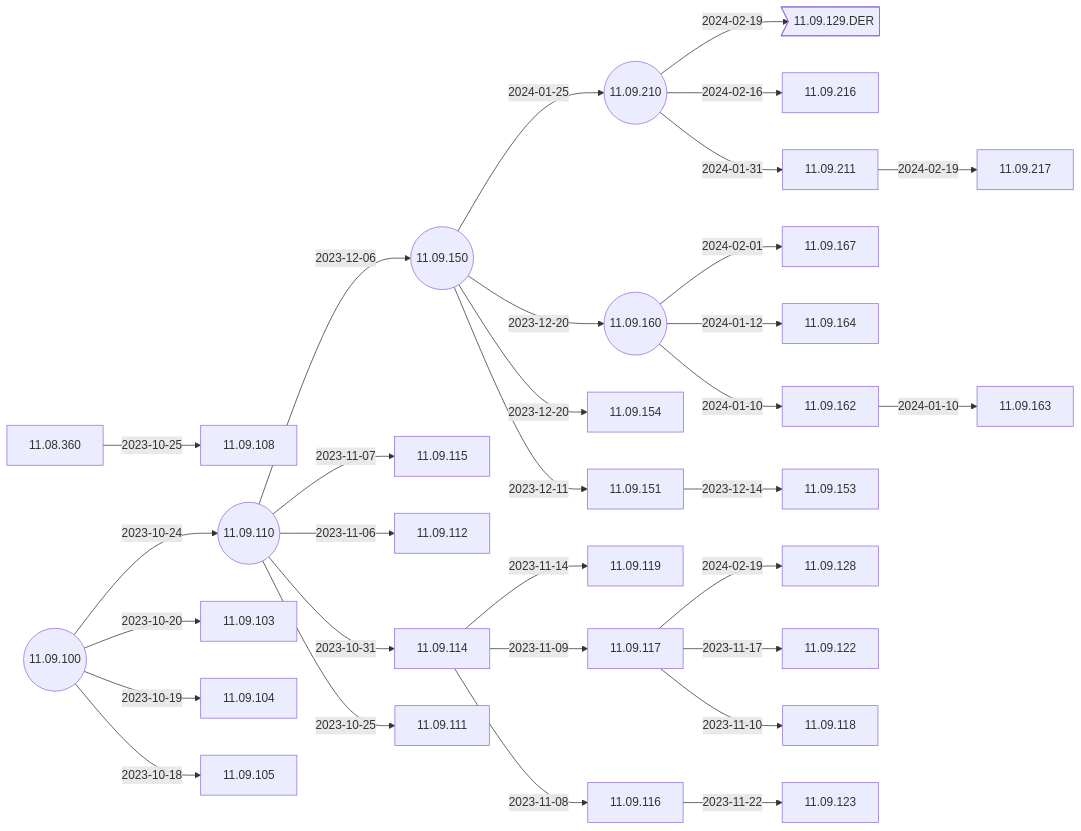
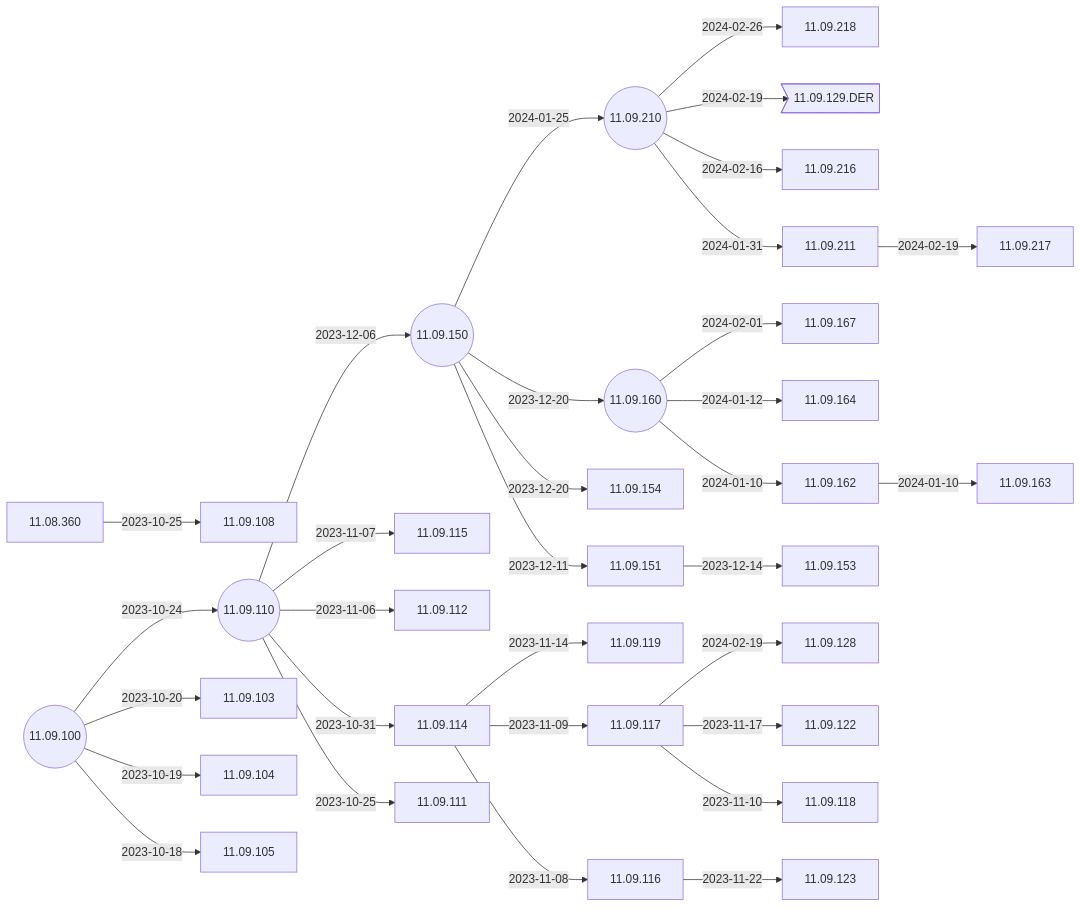
Before and after one commit to IGEL-Community/IGEL-Docs-v02: the second of 5 diagrams in docs/Docs/ReleaseNotes/01-OS11/README.md, drawn with Mermaid. The commit also changed 2 other files, not shown here.

Commit message:
11.09.218 < 11.09.210

````diff
--- a/docs/Docs/ReleaseNotes/01-OS11/README.md
+++ b/docs/Docs/ReleaseNotes/01-OS11/README.md
@@ -41,65 +41,67 @@
 ```mermaid
 flowchart LR
+    11.09.210-- 2024-02-26 -->11.09.218
     11.09.210-- 2024-02-19 -->11.09.129.DER>11.09.129.DER]
     11.09.211-- 2024-02-19 -->11.09.217
     11.09.117-- 2024-02-19 -->11.09.128
     11.09.210-- 2024-02-16 -->11.09.216
     11.09.160-- 2024-02-01 -->11.09.167
     11.09.210-- 2024-01-31 -->11.09.211
     11.09.150-- 2024-01-25 -->11.09.210((11.09.210))
     11.09.162-- 2024-01-10 -->11.09.163
     11.09.160-- 2024-01-12 -->11.09.164
     11.09.160-- 2024-01-10 -->11.09.162
     11.09.150-- 2023-12-20 -->11.09.160((11.09.160))
     11.09.150-- 2023-12-20 -->11.09.154
     11.09.151-- 2023-12-14 -->11.09.153
     11.09.150-- 2023-12-11 -->11.09.151
     11.09.110-- 2023-12-06 -->11.09.150((11.09.150))
     11.09.116-- 2023-11-22 -->11.09.123
     11.09.117-- 2023-11-17 -->11.09.122
     11.09.114-- 2023-11-14 -->11.09.119
     11.09.117-- 2023-11-10 -->11.09.118
     11.09.114-- 2023-11-09 -->11.09.117
     11.09.114-- 2023-11-08 -->11.09.116
     11.09.110-- 2023-11-07 -->11.09.115
     11.09.110-- 2023-11-06 -->11.09.112
     11.09.110-- 2023-10-31 -->11.09.114
     11.08.360-- 2023-10-25 -->11.09.108
     11.09.110-- 2023-10-25 -->11.09.111
     11.09.100-- 2023-10-24 -->11.09.110((11.09.110))
     11.09.100-- 2023-10-20 -->11.09.103
     11.09.100-- 2023-10-19 -->11.09.104
     11.09.100-- 2023-10-18 -->11.09.105
     11.09.100((11.09.100))
+    click 11.09.218 "https://github.com/IGEL-Community/IGEL-Docs-v02/tree/main/docs/Docs/ReleaseNotes/01-OS11/readme11.09.218.txt" _blank
     click 11.09.129.DER "https://github.com/IGEL-Community/IGEL-Docs-v02/tree/main/docs/Docs/ReleaseNotes/01-OS11/readme11.09.129.DER.txt" _blank
     click 11.09.217 "https://github.com/IGEL-Community/IGEL-Docs-v02/tree/main/docs/Docs/ReleaseNotes/01-OS11/readme11.09.217.txt" _blank
     click 11.09.128 "https://github.com/IGEL-Community/IGEL-Docs-v02/tree/main/docs/Docs/ReleaseNotes/01-OS11/readme11.09.128.txt" _blank
     click 11.09.216 "https://github.com/IGEL-Community/IGEL-Docs-v02/tree/main/docs/Docs/ReleaseNotes/01-OS11/readme11.09.216.txt" _blank
     click 11.09.167 "https://github.com/IGEL-Community/IGEL-Docs-v02/tree/main/docs/Docs/ReleaseNotes/01-OS11/readme11.09.167.txt" _blank
     click 11.09.211 "https://github.com/IGEL-Community/IGEL-Docs-v02/tree/main/docs/Docs/ReleaseNotes/01-OS11/readme11.09.211.txt" _blank
     click 11.09.210 "https://github.com/IGEL-Community/IGEL-Docs-v02/tree/main/docs/Docs/ReleaseNotes/01-OS11/readme11.09.210.txt" _blank
     click 11.09.163 "https://github.com/IGEL-Community/IGEL-Docs-v02/tree/main/docs/Docs/ReleaseNotes/01-OS11/readme11.09.163.txt" _blank
     click 11.09.164 "https://github.com/IGEL-Community/IGEL-Docs-v02/tree/main/docs/Docs/ReleaseNotes/01-OS11/readme11.09.164.txt" _blank
     click 11.09.162 "https://github.com/IGEL-Community/IGEL-Docs-v02/tree/main/docs/Docs/ReleaseNotes/01-OS11/readme11.09.162.txt" _blank
     click 11.09.160 "https://github.com/IGEL-Community/IGEL-Docs-v02/tree/main/docs/Docs/ReleaseNotes/01-OS11/readme11.09.160.txt" _blank
     click 11.09.154 "https://github.com/IGEL-Community/IGEL-Docs-v02/tree/main/docs/Docs/ReleaseNotes/01-OS11/readme11.09.154.txt" _blank
     click 11.09.153 "https://github.com/IGEL-Community/IGEL-Docs-v02/tree/main/docs/Docs/ReleaseNotes/01-OS11/readme11.09.153.txt" _blank
     click 11.09.151 "https://github.com/IGEL-Community/IGEL-Docs-v02/tree/main/docs/Docs/ReleaseNotes/01-OS11/readme11.09.151.txt" _blank
     click 11.09.150 "https://github.com/IGEL-Community/IGEL-Docs-v02/tree/main/docs/Docs/ReleaseNotes/01-OS11/readme11.09.150.txt" _blank
     click 11.09.123 "https://github.com/IGEL-Community/IGEL-Docs-v02/tree/main/docs/Docs/ReleaseNotes/01-OS11/readme11.09.123.txt" _blank
     click 11.09.122 "https://github.com/IGEL-Community/IGEL-Docs-v02/tree/main/docs/Docs/ReleaseNotes/01-OS11/readme11.09.122.txt" _blank
     click 11.09.119 "https://github.com/IGEL-Community/IGEL-Docs-v02/tree/main/docs/Docs/ReleaseNotes/01-OS11/readme11.09.119.txt" _blank
     click 11.09.118 "https://github.com/IGEL-Community/IGEL-Docs-v02/tree/main/docs/Docs/ReleaseNotes/01-OS11/readme11.09.118.txt" _blank
     click 11.09.117 "https://github.com/IGEL-Community/IGEL-Docs-v02/tree/main/docs/Docs/ReleaseNotes/01-OS11/readme11.09.117.txt" _blank
     click 11.09.116 "https://github.com/IGEL-Community/IGEL-Docs-v02/tree/main/docs/Docs/ReleaseNotes/01-OS11/readme11.09.116.txt" _blank
     click 11.09.115 "https://github.com/IGEL-Community/IGEL-Docs-v02/tree/main/docs/Docs/ReleaseNotes/01-OS11/readme11.09.115.txt" _blank
     click 11.09.112 "https://github.com/IGEL-Community/IGEL-Docs-v02/tree/main/docs/Docs/ReleaseNotes/01-OS11/readme11.09.112.txt" _blank
     click 11.09.114 "https://github.com/IGEL-Community/IGEL-Docs-v02/tree/main/docs/Docs/ReleaseNotes/01-OS11/readme11.09.114.txt" _blank
     click 11.09.108 "https://github.com/IGEL-Community/IGEL-Docs-v02/tree/main/docs/Docs/ReleaseNotes/01-OS11/readme11.09.108.txt" _blank
     click 11.09.111 "https://github.com/IGEL-Community/IGEL-Docs-v02/tree/main/docs/Docs/ReleaseNotes/01-OS11/readme11.09.111.txt" _blank
     click 11.09.110 "https://github.com/IGEL-Community/IGEL-Docs-v02/tree/main/docs/Docs/ReleaseNotes/01-OS11/readme11.09.110.txt" _blank
     click 11.09.103 "https://github.com/IGEL-Community/IGEL-Docs-v02/tree/main/docs/Docs/ReleaseNotes/01-OS11/readme11.09.103.txt" _blank
     click 11.09.104 "https://github.com/IGEL-Community/IGEL-Docs-v02/tree/main/docs/Docs/ReleaseNotes/01-OS11/readme11.09.104.txt" _blank
     click 11.09.105 "https://github.com/IGEL-Community/IGEL-Docs-v02/tree/main/docs/Docs/ReleaseNotes/01-OS11/readme11.09.105.txt" _blank
     click 11.09.100 "https://github.com/IGEL-Community/IGEL-Docs-v02/tree/main/docs/Docs/ReleaseNotes/01-OS11/readme11.09.100.txt" _blank
 ```
````
